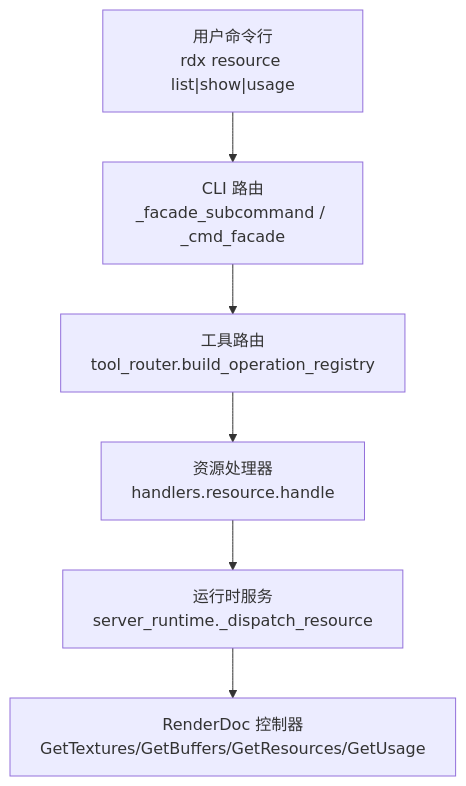
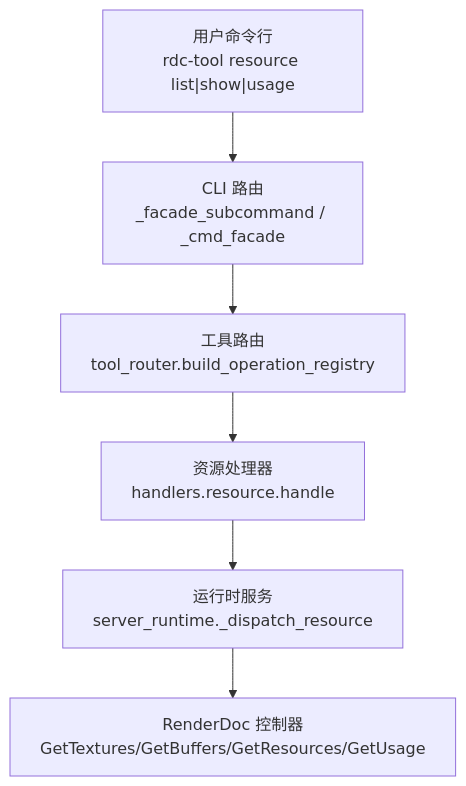
Before and after one commit to haolange/RDC-Tool: the first of 6 diagrams in .qoder/repowiki/zh/content/CLI参考手册/资源查询命令.md, drawn with Mermaid. The commit also changed other lines of this file and 388 other files, not shown here.

First line of the commit message:
Release RDC-Tool identity and public maintenance surface

````diff
--- a/.qoder/repowiki/zh/content/CLI参考手册/资源查询命令.md
+++ b/.qoder/repowiki/zh/content/CLI参考手册/资源查询命令.md
@@ -40,8 +40,8 @@
 ```mermaid
 graph TB
-A["用户命令行<br/>rdx resource list|show|usage"] --> B["CLI 路由<br/>_facade_subcommand / _cmd_facade"]
+A["用户命令行<br/>rdc-tool resource list|show|usage"] --> B["CLI 路由<br/>_facade_subcommand / _cmd_facade"]
 B --> C["工具路由<br/>tool_router.build_operation_registry"]
 C --> D["资源处理器<br/>handlers.resource.handle"]
 D --> E["运行时服务<br/>server_runtime._dispatch_resource"]
 E --> F["RenderDoc 控制器<br/>GetTextures/GetBuffers/GetResources/GetUsage"]
 ```
````
